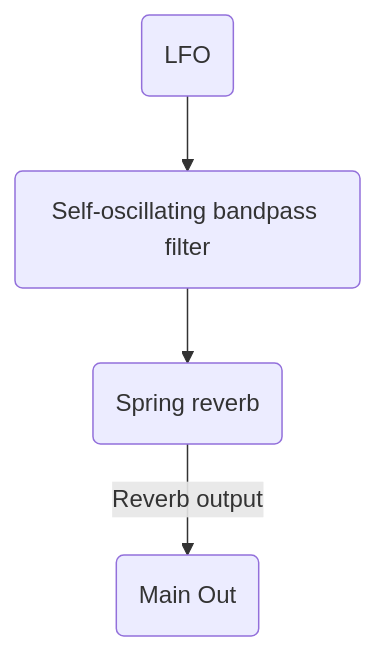
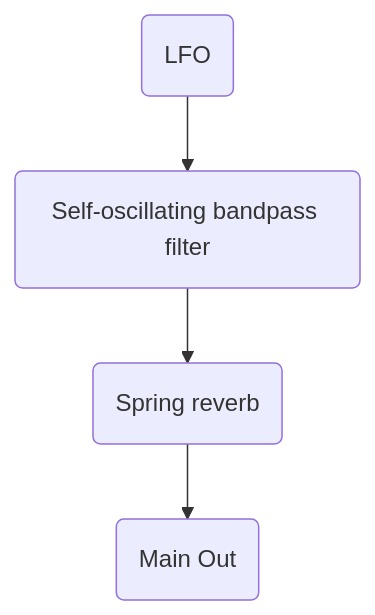
Before and after one commit to aidanreilly/man_synth: the third of 4 diagrams in _posts/2017-1-24-spring-thing.md, drawn with Mermaid. The commit also changed other lines of this file, not shown here.

```diff
--- a/_posts/2017-1-24-spring-thing.md
+++ b/_posts/2017-1-24-spring-thing.md
@@ -47,6 +47,6 @@
 <div class="mermaid">
 graph TD;
 A(LFO) --> B(Self-oscillating bandpass filter)
 B(Self-oscillating bandpass filter)-->C(Spring Reverb)
-C(Spring reverb) -->|Reverb output| G(Main Out)
+C(Spring reverb) -->G(Main Out)
 </div>
```
